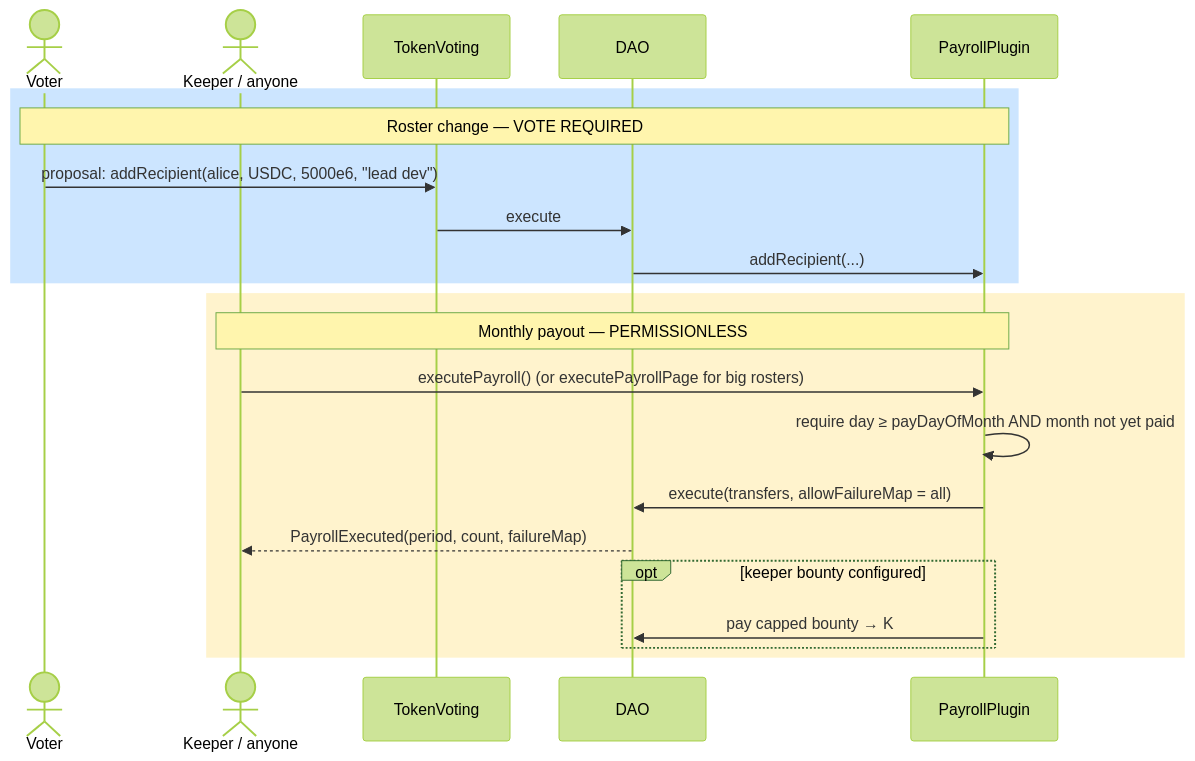
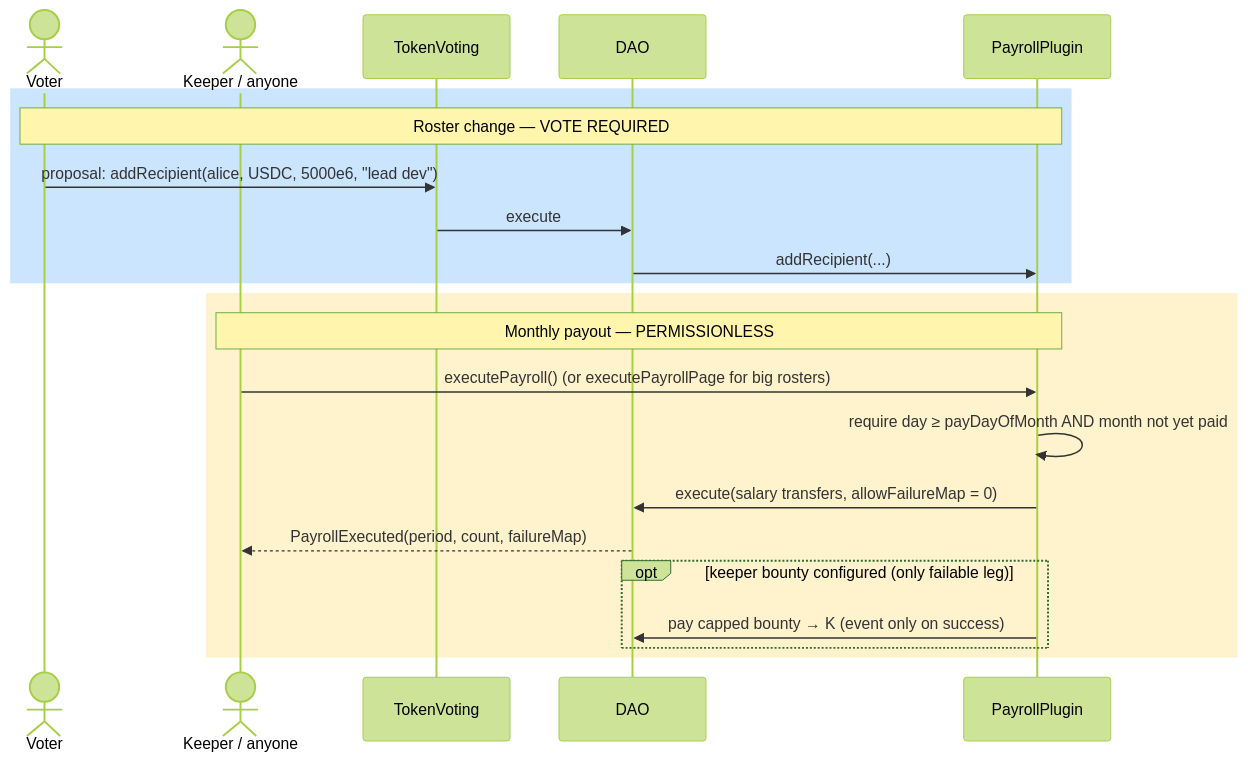
Before and after one commit to CyberdyneCorp/cyberdyne_dao_contracts: the sixth of 7 diagrams in docs/plugins/FEATURES.md, drawn with Mermaid (forest theme). The commit also changed other lines of this file and 10 other files, not shown here.

````diff
--- a/docs/plugins/FEATURES.md
+++ b/docs/plugins/FEATURES.md
@@ -306,26 +311,26 @@
 ```mermaid
 sequenceDiagram
     actor V as Voter
     actor K as Keeper / anyone
     participant TV as TokenVoting
     participant D as DAO
     participant PAY as PayrollPlugin
 
     rect rgb(204, 229, 255)
         Note over V,PAY: Roster change — VOTE REQUIRED
         V->>TV: proposal: addRecipient(alice, USDC, 5000e6, "lead dev")
         TV->>D: execute
         D->>PAY: addRecipient(...)
     end
 
     rect rgb(255, 243, 205)
         Note over K,PAY: Monthly payout — PERMISSIONLESS
         K->>PAY: executePayroll() (or executePayrollPage for big rosters)
         PAY->>PAY: require day ≥ payDayOfMonth AND month not yet paid
-        PAY->>D: execute(transfers, allowFailureMap = all)
+        PAY->>D: execute(salary transfers, allowFailureMap = 0)
         D-->>K: PayrollExecuted(period, count, failureMap)
-        opt keeper bounty configured
-            PAY->>D: pay capped bounty → K
+        opt keeper bounty configured (only failable leg)
+            PAY->>D: pay capped bounty → K (event only on success)
         end
     end
 ```
````
